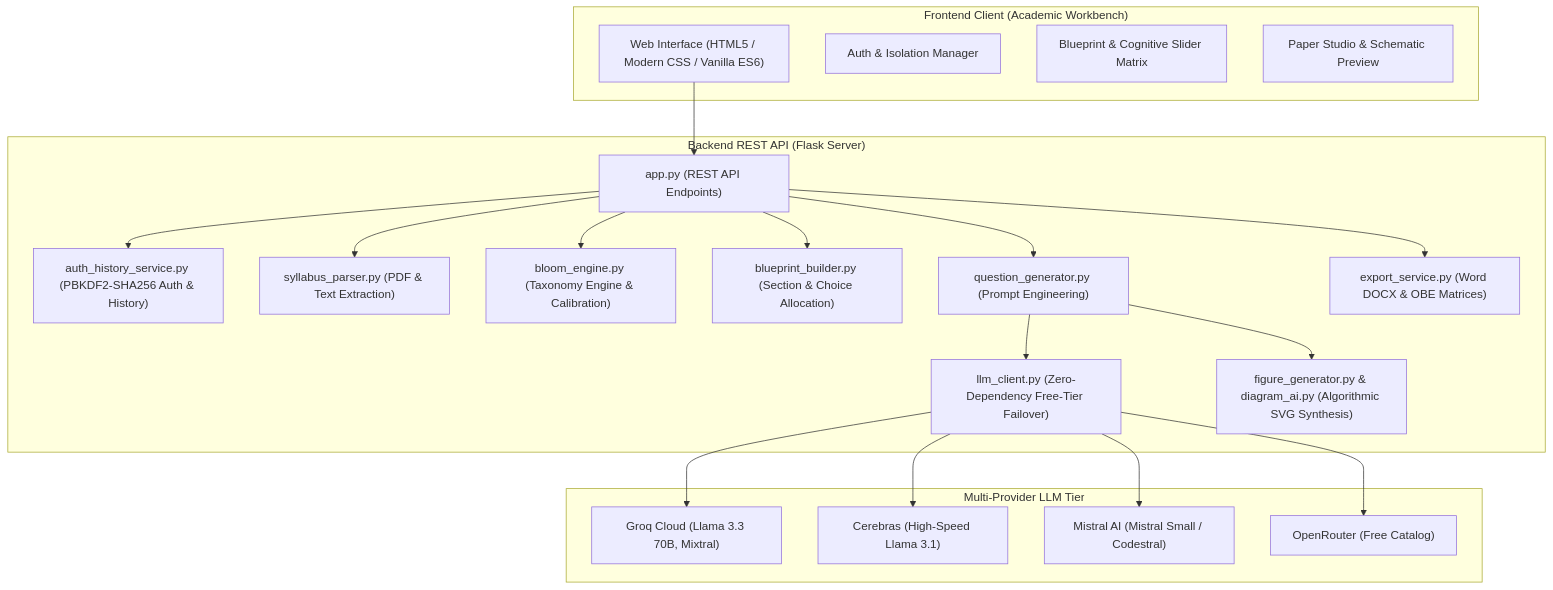
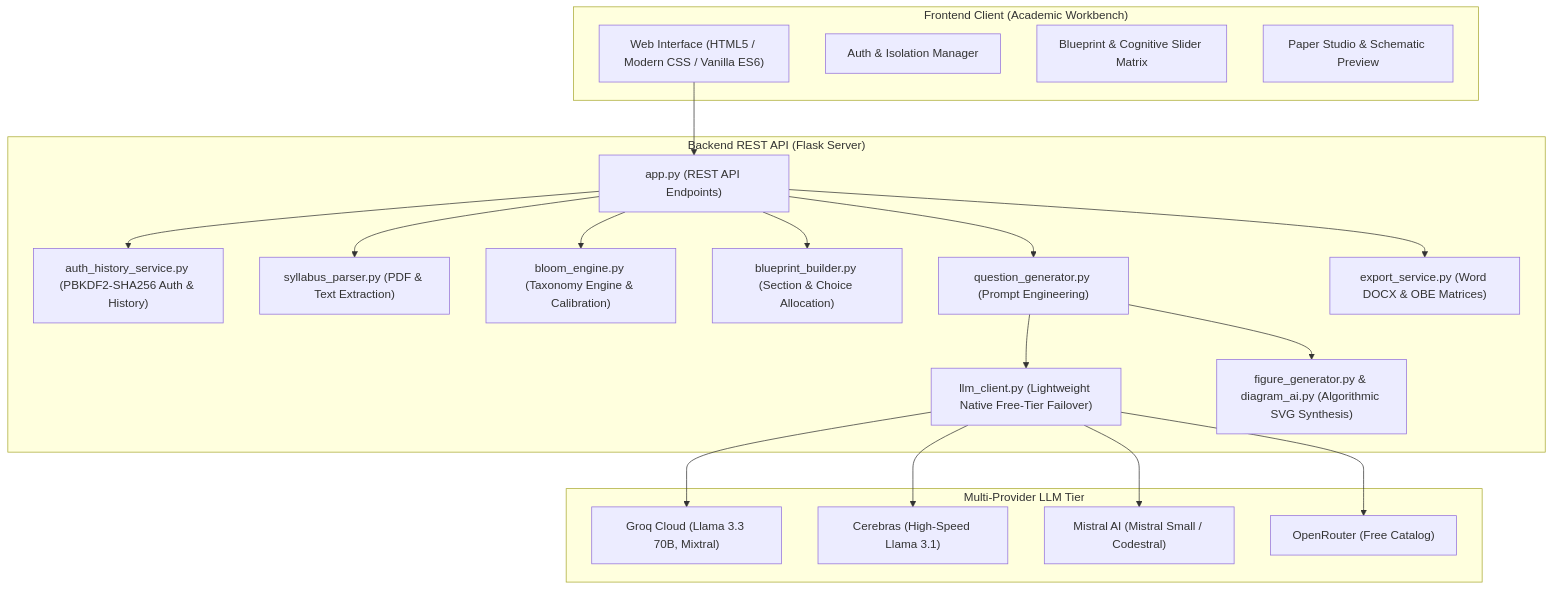
One commit to PranavSuryawanshi11/Blooms-Taxonomy changed the diagram in README.md. Above: the diagram before and after it, drawn with Mermaid. The commit also changed other lines of this file, not shown here.

````diff
--- a/README.md
+++ b/README.md
@@ -85,42 +90,42 @@
 ```mermaid
 flowchart TD
     subgraph Client["Frontend Client (Academic Workbench)"]
         UI["Web Interface (HTML5 / Modern CSS / Vanilla ES6)"]
         AuthM["Auth & Isolation Manager"]
         BP_UI["Blueprint & Cognitive Slider Matrix"]
         Studio["Paper Studio & Schematic Preview"]
     end
 
     subgraph Server["Backend REST API (Flask Server)"]
         Router["app.py (REST API Endpoints)"]
         AuthSvc["auth_history_service.py (PBKDF2-SHA256 Auth & History)"]
         Parser["syllabus_parser.py (PDF & Text Extraction)"]
         Engine["bloom_engine.py (Taxonomy Engine & Calibration)"]
         BP_Engine["blueprint_builder.py (Section & Choice Allocation)"]
         QGen["question_generator.py (Prompt Engineering)"]
-        LLM["llm_client.py (Zero-Dependency Free-Tier Failover)"]
+        LLM["llm_client.py (Lightweight Native Free-Tier Failover)"]
         Diag["figure_generator.py & diagram_ai.py (Algorithmic SVG Synthesis)"]
         Export["export_service.py (Word DOCX & OBE Matrices)"]
     end
 
     subgraph LLM_Providers["Multi-Provider LLM Tier"]
         Groq["Groq Cloud (Llama 3.3 70B, Mixtral)"]
         Cerebras["Cerebras (High-Speed Llama 3.1)"]
         Mistral["Mistral AI (Mistral Small / Codestral)"]
         OpenRouter["OpenRouter (Free Catalog)"]
     end
 
     UI --> Router
     Router --> AuthSvc
     Router --> Parser
     Router --> Engine
     Router --> BP_Engine
     Router --> QGen
     QGen --> LLM
     LLM --> Groq
     LLM --> Cerebras
     LLM --> Mistral
     LLM --> OpenRouter
     QGen --> Diag
     Router --> Export
 ```
````
